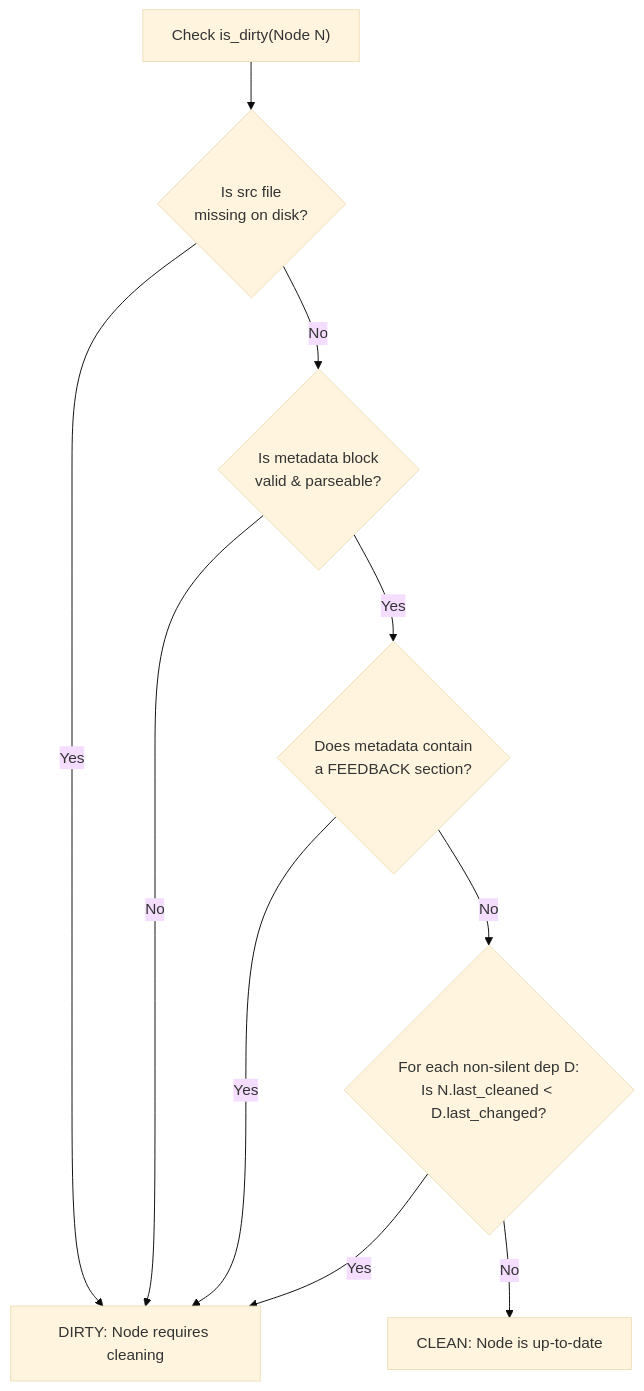
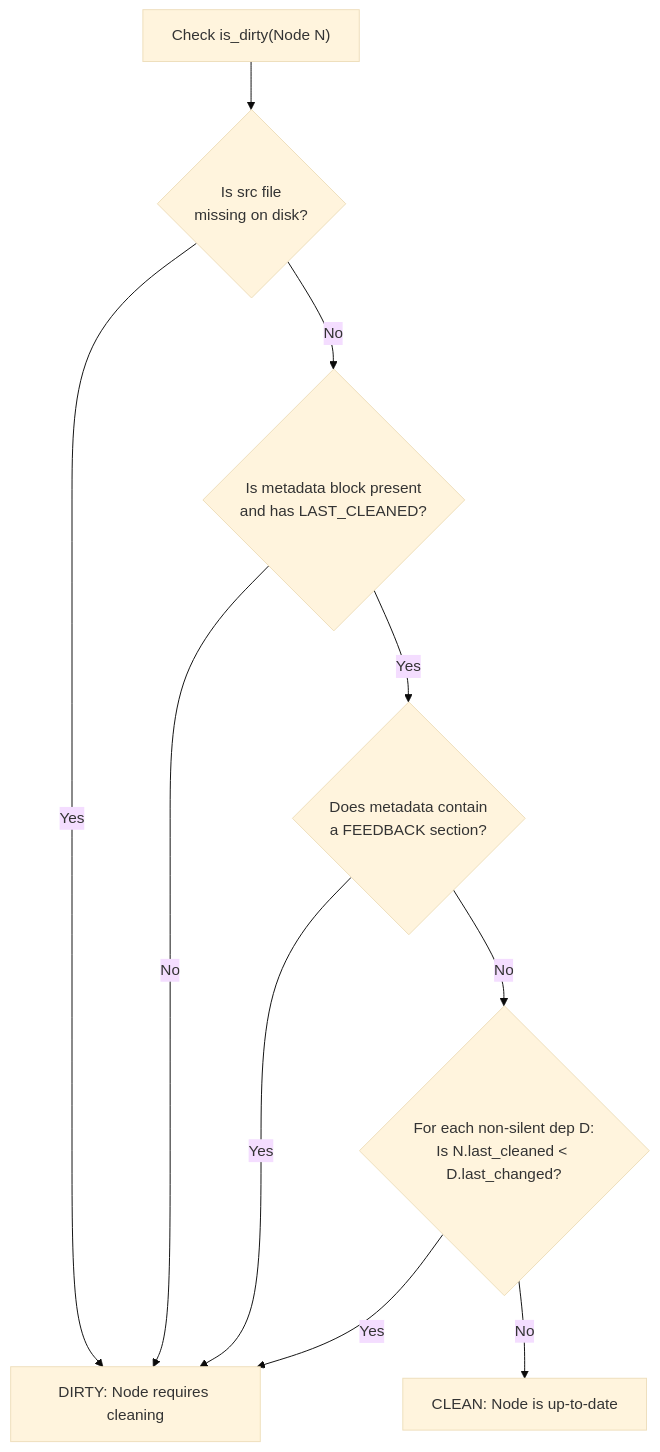
The first of 3 diagrams in design-docs/in_band_source_metadata.md (mcdirmid/cleanroom), drawn with Mermaid (base theme) before and after one commit. The commit also changed other lines of this file and 87 other files, not shown here.

````diff
--- a/design-docs/in_band_source_metadata.md
+++ b/design-docs/in_band_source_metadata.md
@@ -184,12 +186,12 @@
 ```mermaid
 flowchart TD
     Start["Check is_dirty(Node N)"] --> Missing{"Is src file<br/>missing on disk?"}
     Missing -- Yes --> Dirty["DIRTY: Node requires cleaning"]
-    Missing -- No --> MetaValid{"Is metadata block<br/>valid & parseable?"}
+    Missing -- No --> MetaValid{"Is metadata block present<br/>and has LAST_CLEANED?"}
     MetaValid -- No --> Dirty
     MetaValid -- Yes --> HasFB{"Does metadata contain<br/>a FEEDBACK section?"}
     HasFB -- Yes --> Dirty
     HasFB -- No --> CheckDeps{"For each non-silent dep D:<br/>Is N.last_cleaned < D.last_changed?"}
     CheckDeps -- Yes --> Dirty
     CheckDeps -- No --> Clean["CLEAN: Node is up-to-date"]
 ```
````
